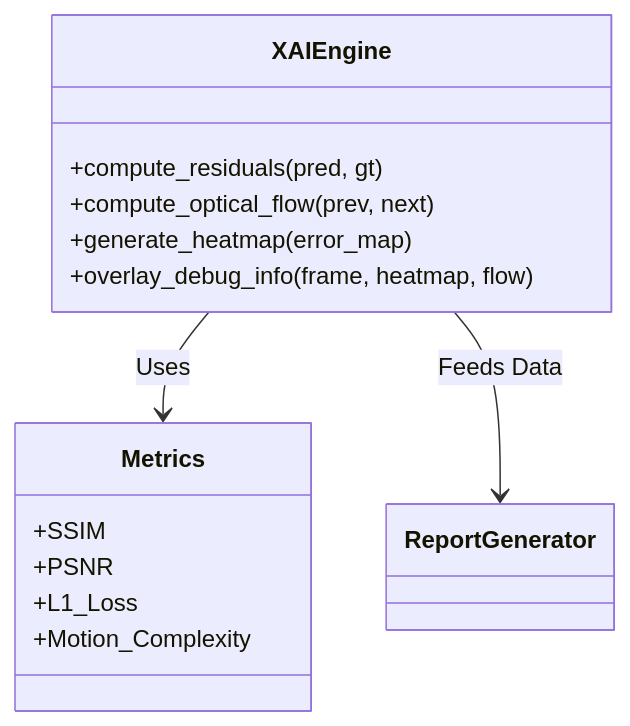
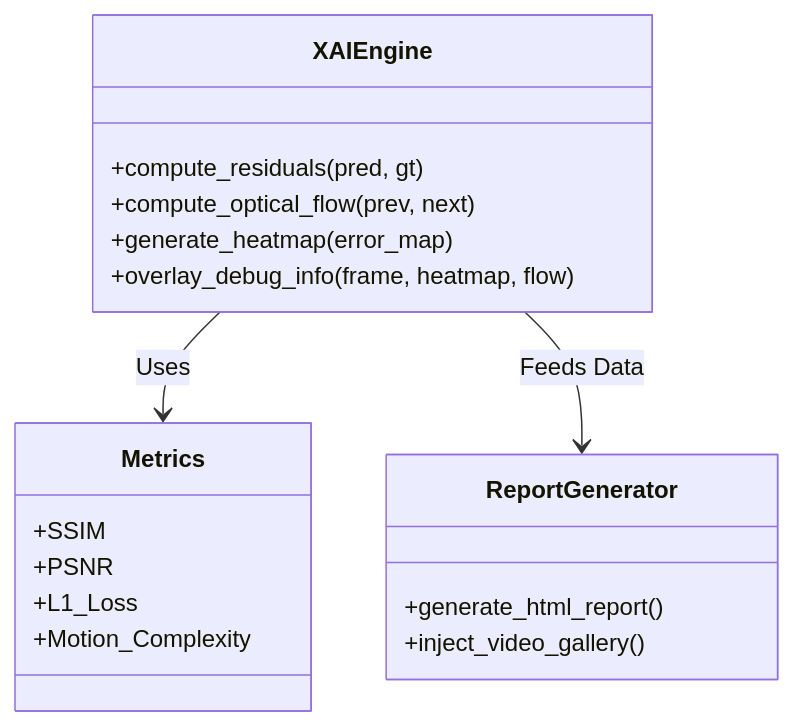
One commit to arvindkumar1422/Synthesight---A-Frame-Interpolation-and-explanatory-Module changed the fourth of 4 diagrams in README.md. Above: the diagram before and after it, drawn with Mermaid. The commit also changed other lines of this file and 121 other files, not shown here.

````diff
--- a/README.md
+++ b/README.md
@@ -121,17 +121,21 @@
 ```mermaid
 classDiagram
     class XAIEngine {
         +compute_residuals(pred, gt)
         +compute_optical_flow(prev, next)
         +generate_heatmap(error_map)
         +overlay_debug_info(frame, heatmap, flow)
     }
     class Metrics {
         +SSIM
         +PSNR
         +L1_Loss
         +Motion_Complexity
     }
+    class ReportGenerator {
+        +generate_html_report()
+        +inject_video_gallery()
+    }
     XAIEngine --> Metrics : Uses
     XAIEngine --> ReportGenerator : Feeds Data
 ```
````
